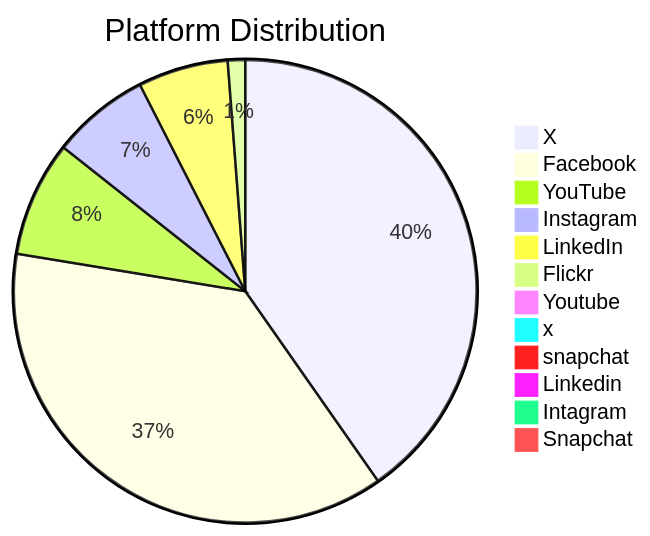
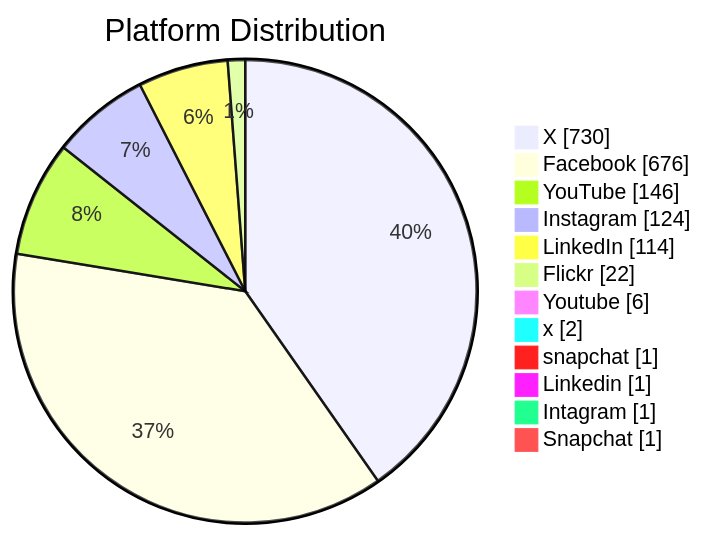
Before and after one commit to PatLittle/GC-Socials: the diagram in README.md, drawn with Mermaid.

Commit message:
Update README with Platform Distribution pie chart

````diff
--- a/README.md
+++ b/README.md
@@ -3,15 +3,15 @@
 ```mermaid
-pie title Platform Distribution
+pie showData title Platform Distribution
     "X": 730
     "Facebook": 676
     "YouTube": 146
     "Instagram": 124
     "LinkedIn": 114
     "Flickr": 22
     "Youtube": 6
     "x": 2
     "snapchat": 1
     "Linkedin": 1
     "Intagram": 1
     "Snapchat": 1
 ```
````
